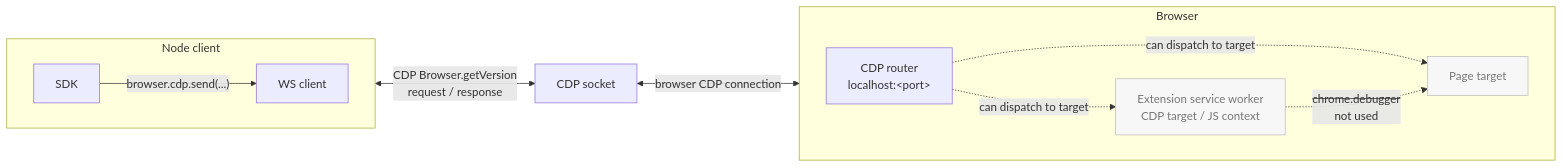
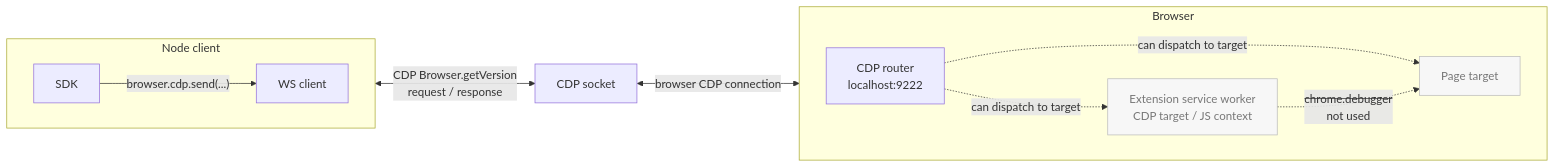
One commit to pirate/chrome-cdp-extension-bridge changed the first of 4 diagrams in README.md. Above: the diagram before and after it, drawn with Mermaid. The commit also changed other lines of this file, not shown here.

Commit message:
Use concrete diagram labels

````diff
--- a/README.md
+++ b/README.md
@@ -43,27 +43,27 @@
 ```mermaid
 flowchart LR
   subgraph Node["Node client"]
     direction LR
     SDK["SDK"]
     WS["WS client"]
     SDK -->|"browser.cdp.send(...)"| WS
   end
 
   subgraph Browser["Browser"]
     direction LR
-    CDP["CDP router<br/>localhost:&lt;port&gt;"]
+    CDP["CDP router<br/>localhost:9222"]
     SW["Extension service worker<br/>CDP target / JS context"]
     Page["Page target"]
     CDP -. "can dispatch to target" .-> SW
     CDP -. "can dispatch to target" .-> Page
     SW -. "<s>chrome.debugger</s><br/>not used" .-> Page
   end
 
   Socket["CDP socket"]
 
   WS <-->|"CDP Browser.getVersion<br/>request / response"| Socket
   Socket <-->|"browser CDP connection"| CDP
 
   classDef idle fill:#f7f7f7,stroke:#bbb,color:#777;
   class SW,Page idle;
 ```
````
